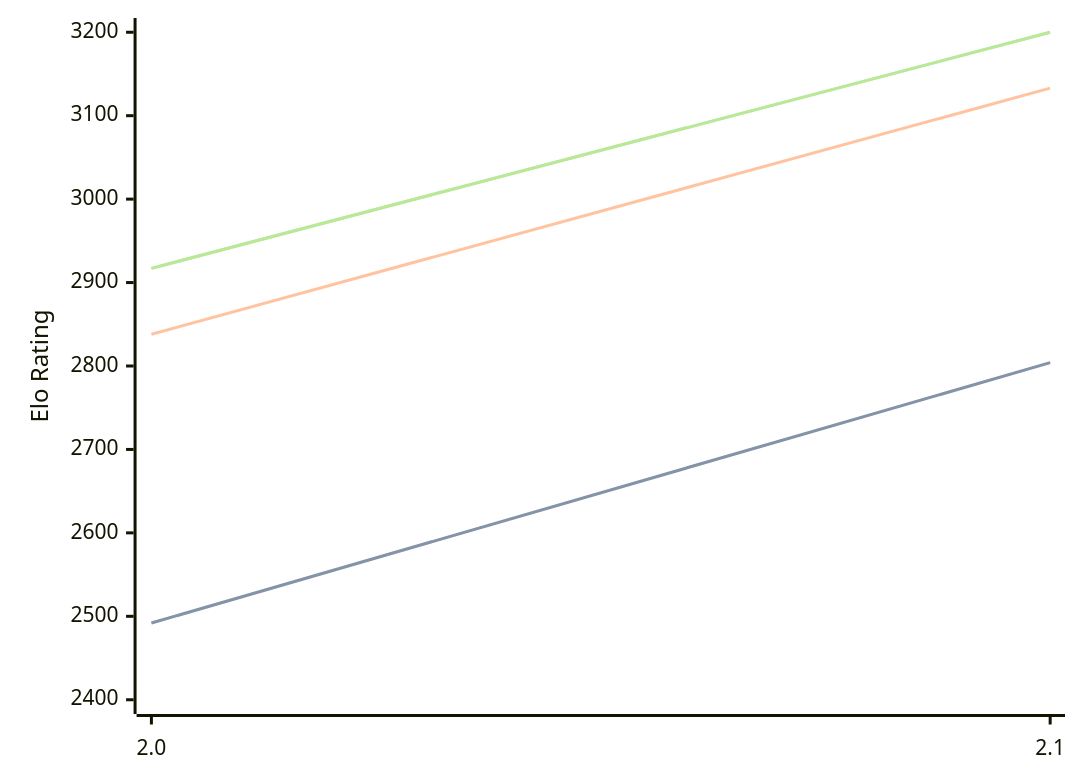
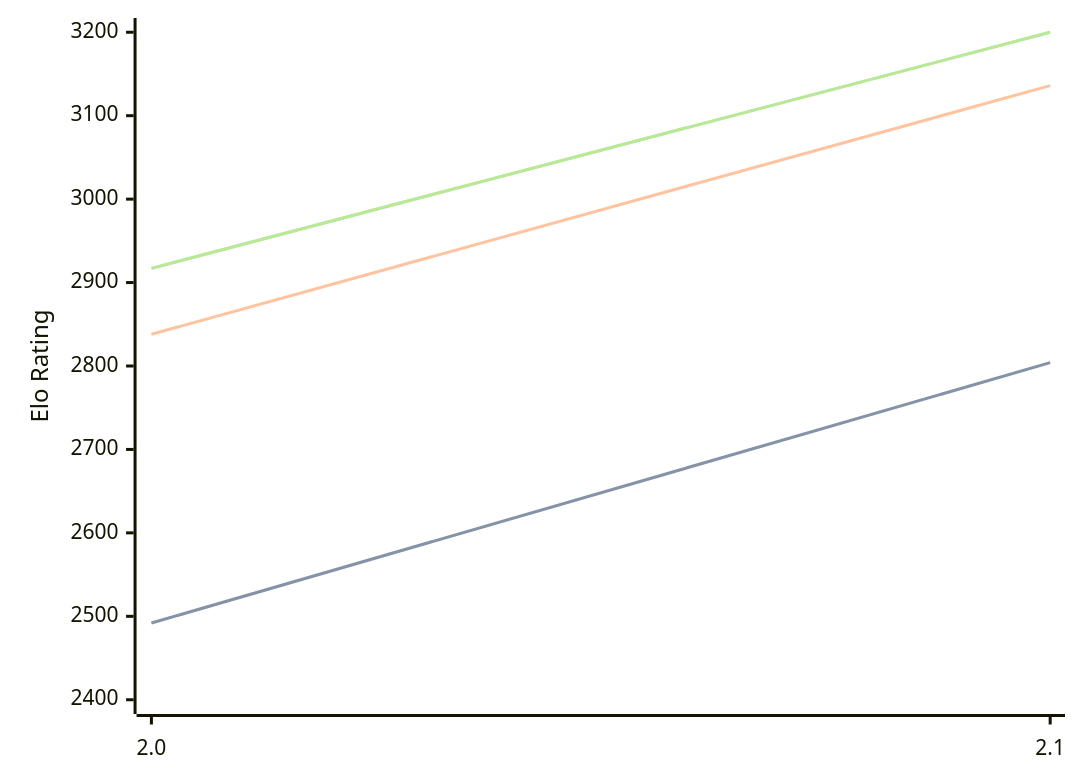
Before and after one commit to computer-chess-index/cci: the diagram in engines/Tunguska.md, drawn with Mermaid. The commit also changed other lines of this file, not shown here.

````diff
--- a/engines/Tunguska.md
+++ b/engines/Tunguska.md
@@ -32,11 +32,11 @@
 ```mermaid
 %%{init: {"theme":"base","themeVariables":{"seriesColors:['#a3a3a3','#222221','#faa371']}}}%%
 xychart-beta
   x-axis ["2.0", "2.1"]
   y-axis "Elo Rating" 2400 --> 3200
   line "STC (8.0+0.08s)" [2492, 2804]
   line "STC (8.0+0.08s)" [2492, 2804]
-  line "LTC (60.0+0.60s)" [2838, 3133]
+  line "LTC (60.0+0.60s)" [2838, 3136]
   line "VLTC (2m24s+1.12s)" [2917, 3200]
   line "VLTC (2m24s+1.12s)" [2917, 3200]
 ```
````
